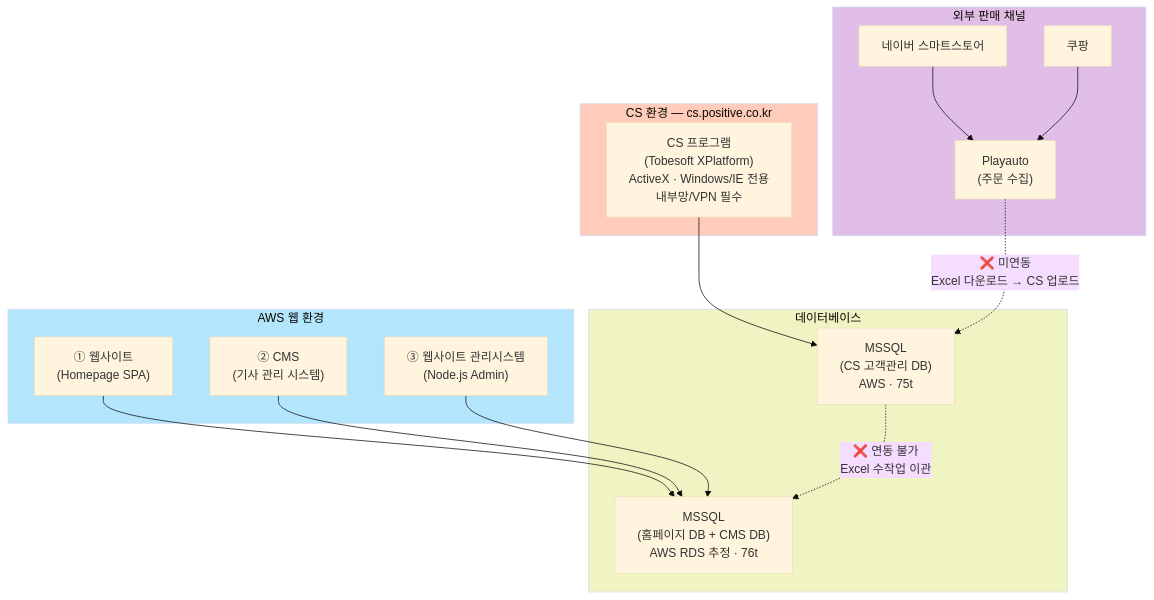
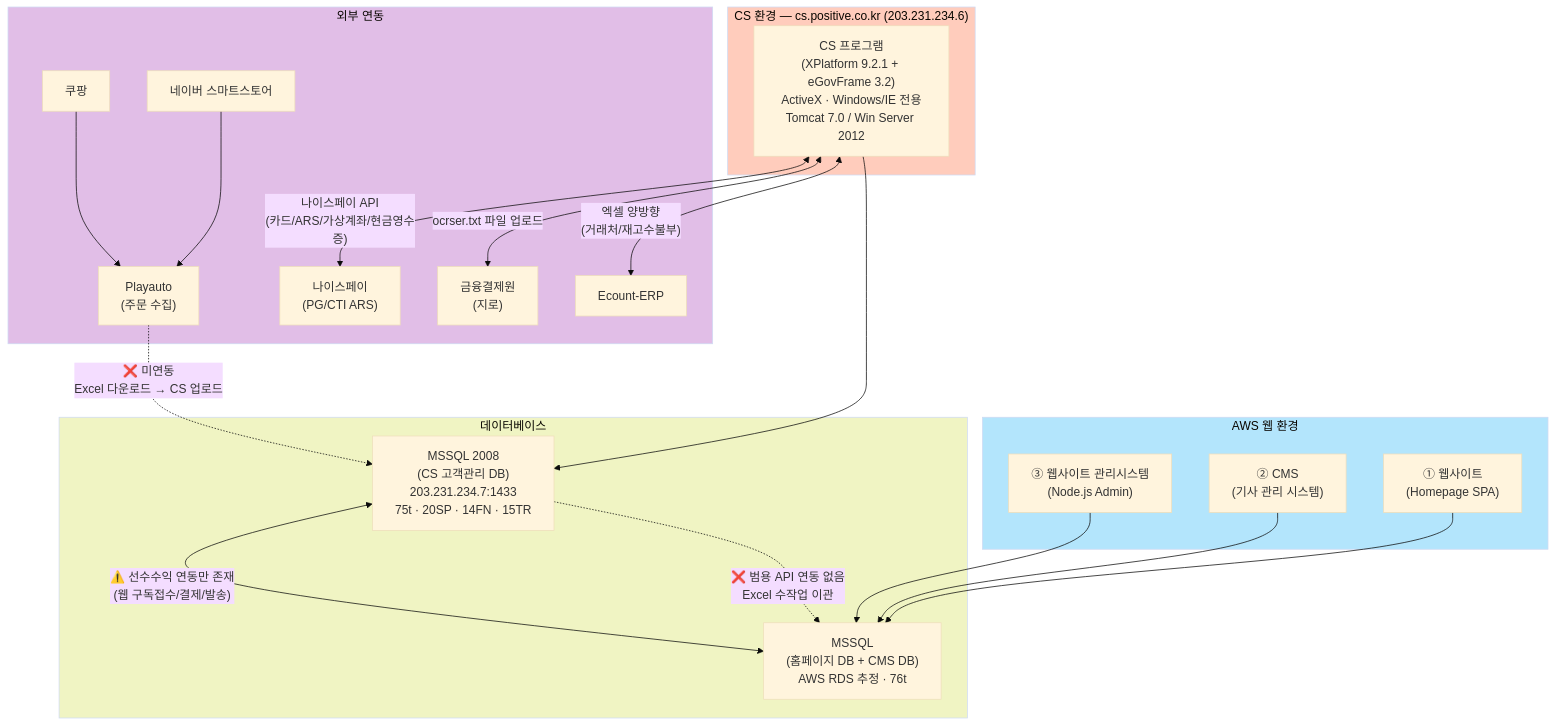
Before and after one commit to sknkwoxs/manual-book: the first of 4 diagrams in src/content/docs/goodthinking-isp/01-project-overview/as-is-to-be.md, drawn with Mermaid (base theme). The commit also changed other lines of this file and 3 other files, not shown here.

````diff
--- a/src/content/docs/goodthinking-isp/01-project-overview/as-is-to-be.md
+++ b/src/content/docs/goodthinking-isp/01-project-overview/as-is-to-be.md
@@ -53,39 +57,46 @@
 ```mermaid
 graph TD
-    subgraph CS["CS 환경 — cs.positive.co.kr"]
-        A["CS 프로그램<br/>(Tobesoft XPlatform)<br/>ActiveX · Windows/IE 전용<br/>내부망/VPN 필수"]
+    subgraph CS["CS 환경 — cs.positive.co.kr (203.231.234.6)"]
+        A["CS 프로그램<br/>(XPlatform 9.2.1 + eGovFrame 3.2)<br/>ActiveX · Windows/IE 전용<br/>Tomcat 7.0 / Win Server 2012"]
     end
 
     subgraph AWS["AWS 웹 환경"]
         B1["① 웹사이트<br/>(Homepage SPA)"]
         B2["② CMS<br/>(기사 관리 시스템)"]
         B3["③ 웹사이트 관리시스템<br/>(Node.js Admin)"]
     end
 
-    subgraph EXT["외부 판매 채널"]
+    subgraph EXT["외부 연동"]
         E1["네이버 스마트스토어"]
         E2["쿠팡"]
         E3["Playauto<br/>(주문 수집)"]
+        E4["나이스페이<br/>(PG/CTI ARS)"]
+        E5["금융결제원<br/>(지로)"]
+        E6["Ecount-ERP"]
     end
 
     subgraph DB["데이터베이스"]
-        C["MSSQL<br/>(CS 고객관리 DB)<br/>AWS · 75t"]
+        C["MSSQL 2008<br/>(CS 고객관리 DB)<br/>203.231.234.7:1433<br/>75t · 20SP · 14FN · 15TR"]
         D["MSSQL<br/>(홈페이지 DB + CMS DB)<br/>AWS RDS 추정 · 76t"]
     end
 
     A --> C
     B1 --> D
     B2 --> D
     B3 --> D
 
+    A <-->|"나이스페이 API<br/>(카드/ARS/가상계좌/현금영수증)"| E4
+    A <-->|"ocrser.txt 파일 업로드"| E5
+    A <-->|"엑셀 양방향<br/>(거래처/재고수불부)"| E6
     E1 --> E3
     E2 --> E3
 
-    C -.->|"❌ 연동 불가<br/>Excel 수작업 이관"| D
+    C -.->|"❌ 범용 API 연동 없음<br/>Excel 수작업 이관"| D
+    C <-->|"⚠️ 선수수익 연동만 존재<br/>(웹 구독접수/결제/발송)"| D
     E3 -.->|"❌ 미연동<br/>Excel 다운로드 → CS 업로드"| C
 
     style CS fill:#ffccbc
     style AWS fill:#b3e5fc
     style EXT fill:#e1bee7
     style DB fill:#f0f4c3
 ```
````
